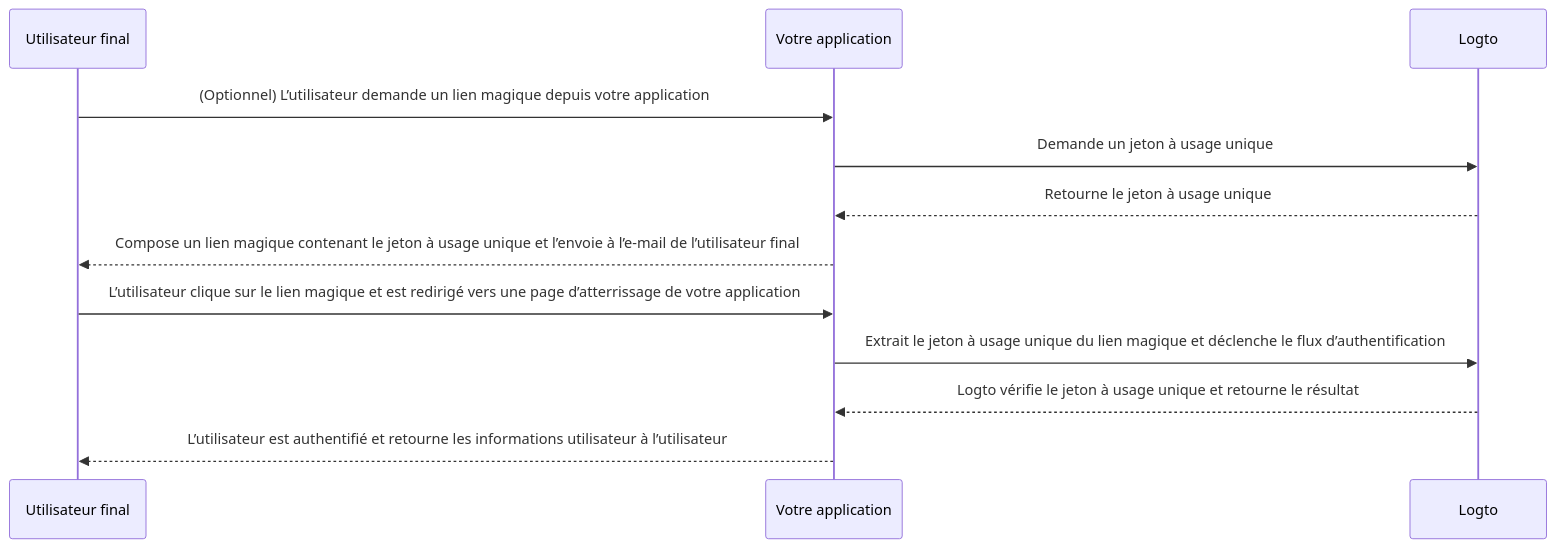
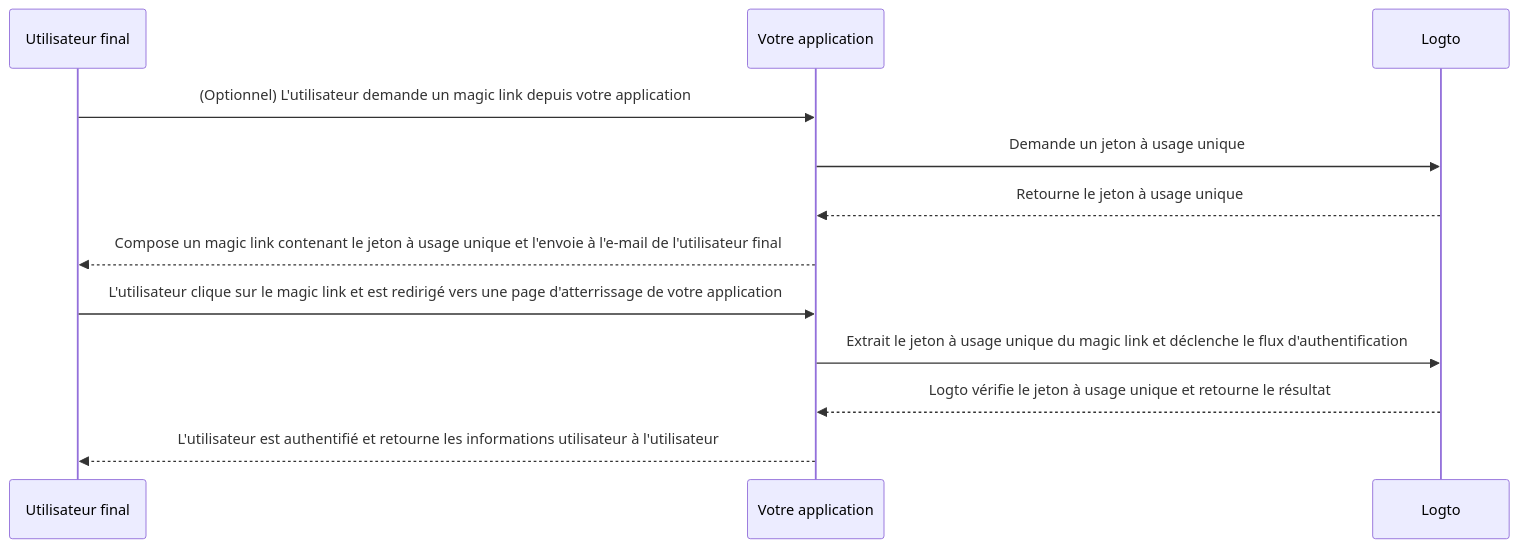
The diagram in i18n/fr/docusaurus-plugin-content-docs/current/end-user-flows/one-time-token.mdx (logto-io/docs), drawn with Mermaid before and after one commit. The commit also changed other lines of this file and 46 other files, not shown here.

````diff
--- a/i18n/fr/docusaurus-plugin-content-docs/current/end-user-flows/one-time-token.mdx
+++ b/i18n/fr/docusaurus-plugin-content-docs/current/end-user-flows/one-time-token.mdx
@@ -24,15 +24,15 @@
 ```mermaid
 sequenceDiagram
   participant U as Utilisateur final
   participant C as Votre application
   participant L as Logto
 
-  U ->> C: (Optionnel) L’utilisateur demande un lien magique depuis votre application
+  U ->> C: (Optionnel) L'utilisateur demande un magic link depuis votre application
   C ->> L: Demande un jeton à usage unique
   L -->> C: Retourne le jeton à usage unique
-  C -->> U: Compose un lien magique contenant le jeton à usage unique et l’envoie à l’e-mail de l’utilisateur final
-  U ->> C: L’utilisateur clique sur le lien magique et est redirigé vers une page d’atterrissage de votre application
-  C ->> L: Extrait le jeton à usage unique du lien magique et déclenche le flux d’authentification
+  C -->> U: Compose un magic link contenant le jeton à usage unique et l'envoie à l'e-mail de l'utilisateur final
+  U ->> C: L'utilisateur clique sur le magic link et est redirigé vers une page d'atterrissage de votre application
+  C ->> L: Extrait le jeton à usage unique du magic link et déclenche le flux d'authentification
   L -->> C: Logto vérifie le jeton à usage unique et retourne le résultat
-  C -->> U: L’utilisateur est authentifié et retourne les informations utilisateur à l’utilisateur
+  C -->> U: L'utilisateur est authentifié et retourne les informations utilisateur à l'utilisateur
 ```
````
